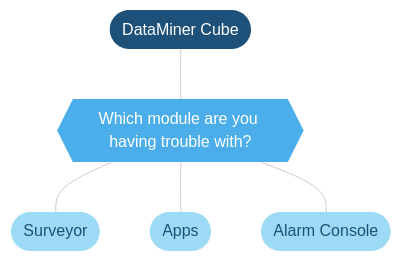
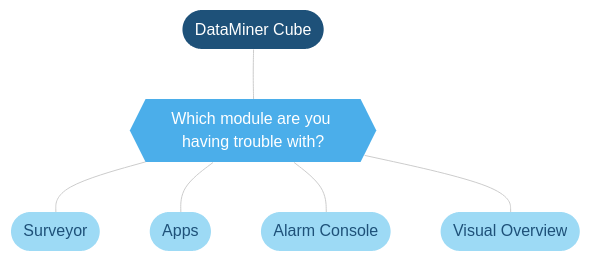
One commit to SkylineCommunications/dataminer-docs changed the diagram in user-guide/Troubleshooting/Troubleshooting_Flowcharts/Troubleshooting_Identify_Per_Module/Troubleshooting_Identify_Per_Module.md. Above: the diagram before and after it, drawn with Mermaid. The commit also changed 2 other files, not shown here.

Commit message:
Initial commit visio troubleshooting

````diff
--- a/user-guide/Troubleshooting/Troubleshooting_Flowcharts/Troubleshooting_Identify_Per_Module/Troubleshooting_Identify_Per_Module.md
+++ b/user-guide/Troubleshooting/Troubleshooting_Flowcharts/Troubleshooting_Identify_Per_Module/Troubleshooting_Identify_Per_Module.md
@@ -12,31 +12,34 @@
 ```mermaid
 flowchart TD
 %% Define styles %%
 linkStyle default stroke:#cccccc
 classDef classTerminal fill:#1e5179,stroke:#1e5179,color:#ffffff,stroke-width:0px;
 classDef classDecision fill:#4baeea,stroke:#4baeea,color:#ffffff,stroke-width:0px;
 classDef classExternalRef fill:#9ddaf5,stroke:#9ddaf5,color:#1E5179,stroke-width:0px;
 classDef classActionClickable fill:#999999,stroke:#999999,color:#ffffff,stroke-width:0px;
 classDef classAction fill:#dddddd,stroke:#dddddd,color:#1E5179,stroke-width:0px;
 classDef classSolution fill:#58595b,stroke:#58595b,color:#ffffff,stroke-width:0px;
 %% Define blocks %%
 START([DataMiner Cube])
 ModuleDefinition{{Which module are you having trouble with? }}
 Apps([Apps])
 Surveyor([Surveyor])
 AlarmConsole([Alarm Console])
+VisualOverview([Visual Overview])
 %% Connect blocks %%
 START --- ModuleDefinition
 ModuleDefinition --- Surveyor
 ModuleDefinition --- Apps
 ModuleDefinition --- AlarmConsole
+ModuleDefinition --- VisualOverview
 %% Define hyperlinks %%
 click Apps "/user-guide/Troubleshooting/Troubleshooting_Flowcharts/Troubleshooting_Identify_Per_Module/Apps/Troubleshooting_Apps.html" "Apps"
 click Surveyor "/user-guide/Troubleshooting/Troubleshooting_Flowcharts/Troubleshooting_Identify_Per_Module/Surveyor/Troubleshooting_Surveyor.html" "Surveyor"
 click AlarmConsole "/user-guide/Troubleshooting/Troubleshooting_Flowcharts/Troubleshooting_Identify_Per_Module/Alarm_Console/Troubleshooting_Alarm_Console.html" "Alarm Console"
+click VisualOverview "/user-guide/Troubleshooting/Troubleshooting_Flowcharts/Troubleshooting_Identify_Per_Module/Visual_Overview/Troubleshooting_Visual_Overview.html" "Visual Overview"
 %% Apply styles to blocks %%
 class START classTerminal;
-class AlarmConsole,Surveyor,Apps classExternalRef;
+class AlarmConsole,Surveyor,Apps,VisualOverview classExternalRef;
 %%class classActionClickable;
 class ModuleDefinition classDecision;
 ```
````
